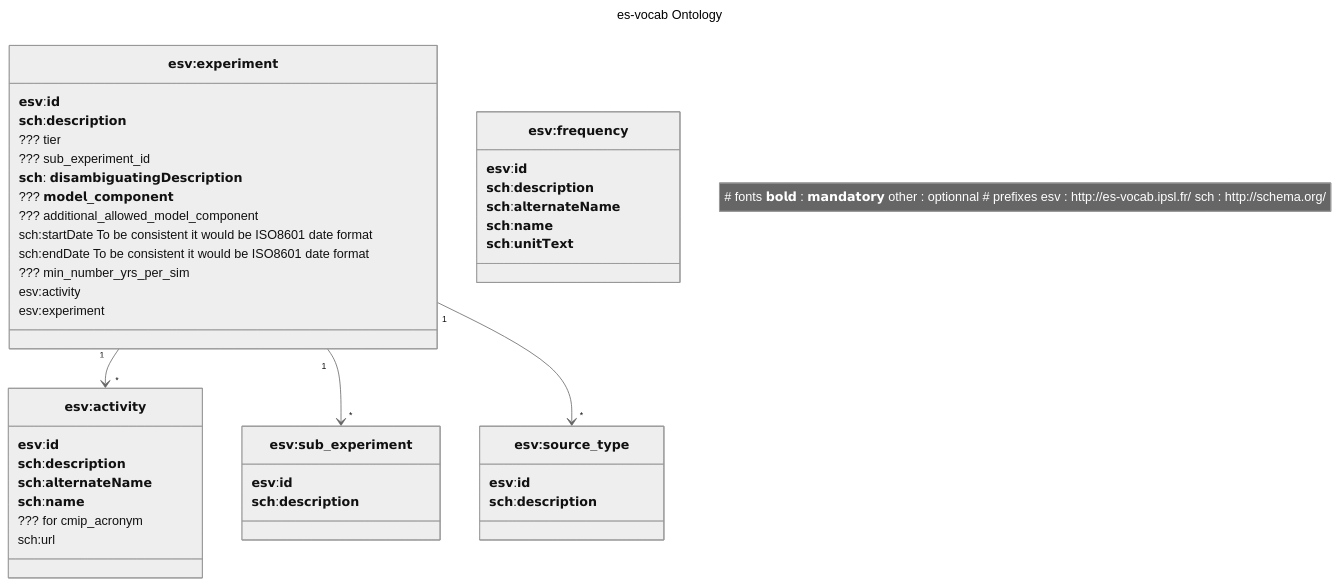
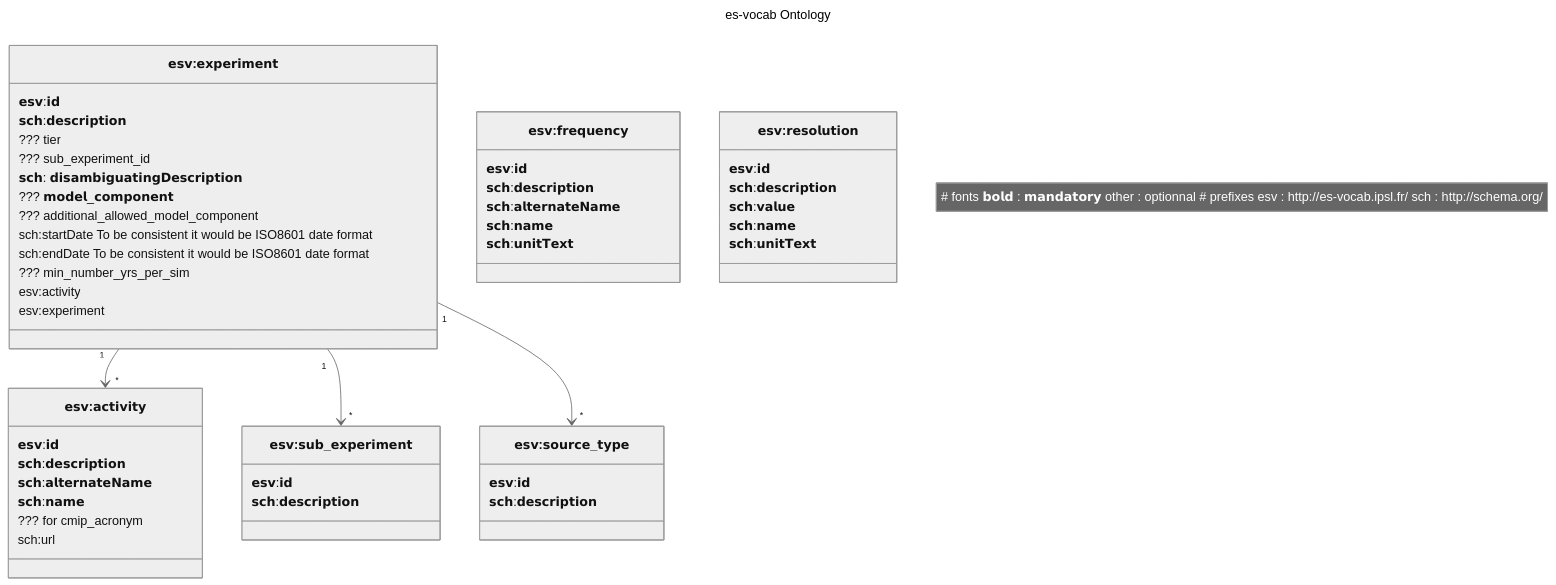
The second of 2 diagrams in TODO.md (PCMDI/mip-cmor-tables), drawn with Mermaid (neutral theme) before and after one commit. The commit also changed other lines of this file and 1 other file, not shown here.

````diff
--- a/TODO.md
+++ b/TODO.md
@@ -147,72 +159,79 @@
 ``` mermaid
 ---
 title: es-vocab Ontology
 
 ---
 classDiagram
     note "
     # fonts
     𝗯𝗼𝗹𝗱 : 𝗺𝗮𝗻𝗱𝗮𝘁𝗼𝗿𝘆
     other : optionnal
     
     # prefixes
     esv : http://es-vocab.ipsl.fr/
     sch : http://schema.org/
     "
     `𝗲𝘀𝘃:𝗲𝘅𝗽𝗲𝗿𝗶𝗺𝗲𝗻𝘁` "1" --> "*" `𝗲𝘀𝘃:𝗮𝗰𝘁𝗶𝘃𝗶𝘁𝘆`
     `𝗲𝘀𝘃:𝗲𝘅𝗽𝗲𝗿𝗶𝗺𝗲𝗻𝘁` "1" --> "*" `𝗲𝘀𝘃:𝘀𝘂𝗯_𝗲𝘅𝗽𝗲𝗿𝗶𝗺𝗲𝗻𝘁`
     `𝗲𝘀𝘃:𝗲𝘅𝗽𝗲𝗿𝗶𝗺𝗲𝗻𝘁` "1" --> "*" `𝗲𝘀𝘃:𝘀𝗼𝘂𝗿𝗰𝗲_𝘁𝘆𝗽𝗲`
 
 
 
     class `𝗲𝘀𝘃:𝗳𝗿𝗲𝗾𝘂𝗲𝗻𝗰𝘆`{
     𝗲𝘀𝘃:𝗶𝗱
     𝘀𝗰𝗵:𝗱𝗲𝘀𝗰𝗿𝗶𝗽𝘁𝗶𝗼𝗻
     𝘀𝗰𝗵:𝗮𝗹𝘁𝗲𝗿𝗻𝗮𝘁𝗲𝗡𝗮𝗺𝗲
     𝘀𝗰𝗵:𝗻𝗮𝗺𝗲
     𝘀𝗰𝗵:𝘂𝗻𝗶𝘁𝗧𝗲𝘅𝘁
     
     }
     class `𝗲𝘀𝘃:𝗮𝗰𝘁𝗶𝘃𝗶𝘁𝘆`{
     𝗲𝘀𝘃:𝗶𝗱
     𝘀𝗰𝗵:𝗱𝗲𝘀𝗰𝗿𝗶𝗽𝘁𝗶𝗼𝗻
     𝘀𝗰𝗵:𝗮𝗹𝘁𝗲𝗿𝗻𝗮𝘁𝗲𝗡𝗮𝗺𝗲
     𝘀𝗰𝗵:𝗻𝗮𝗺𝗲
     ??? for cmip_acronym
     sch:url 
 
     }
     
     class `𝗲𝘀𝘃:𝗲𝘅𝗽𝗲𝗿𝗶𝗺𝗲𝗻𝘁`{
         𝗲𝘀𝘃:𝗶𝗱
         𝘀𝗰𝗵:𝗱𝗲𝘀𝗰𝗿𝗶𝗽𝘁𝗶𝗼𝗻
         ??? tier
         ??? sub_experiment_id
         𝘀𝗰𝗵: 𝗱𝗶𝘀𝗮𝗺𝗯𝗶𝗴𝘂𝗮𝘁𝗶𝗻𝗴𝗗𝗲𝘀𝗰𝗿𝗶𝗽𝘁𝗶𝗼𝗻 
         ??? 𝗺𝗼𝗱𝗲𝗹_𝗰𝗼𝗺𝗽𝗼𝗻𝗲𝗻𝘁
         ??? additional_allowed_model_component
         sch:startDate To be consistent it would be ISO8601 date format
         sch:endDate To be consistent it would be ISO8601 date format
         ??? min_number_yrs_per_sim
         esv:activity
         esv:experiment
     }
 
      class `𝗲𝘀𝘃:𝘀𝘂𝗯_𝗲𝘅𝗽𝗲𝗿𝗶𝗺𝗲𝗻𝘁`{
         𝗲𝘀𝘃:𝗶𝗱
         𝘀𝗰𝗵:𝗱𝗲𝘀𝗰𝗿𝗶𝗽𝘁𝗶𝗼𝗻
         } 
 
     class  `𝗲𝘀𝘃:𝘀𝗼𝘂𝗿𝗰𝗲_𝘁𝘆𝗽𝗲`{
         𝗲𝘀𝘃:𝗶𝗱
         𝘀𝗰𝗵:𝗱𝗲𝘀𝗰𝗿𝗶𝗽𝘁𝗶𝗼𝗻
         } 
 
+    class `𝗲𝘀𝘃:𝗿𝗲𝘀𝗼𝗹𝘂𝘁𝗶𝗼𝗻`{
+        𝗲𝘀𝘃:𝗶𝗱
+        𝘀𝗰𝗵:𝗱𝗲𝘀𝗰𝗿𝗶𝗽𝘁𝗶𝗼𝗻
+        𝘀𝗰𝗵:𝘃𝗮𝗹𝘂𝗲
 
+        𝘀𝗰𝗵:𝗻𝗮𝗺𝗲
+        𝘀𝗰𝗵:𝘂𝗻𝗶𝘁𝗧𝗲𝘅𝘁
 
+} 
 
 
     
 
 
 ```
````
